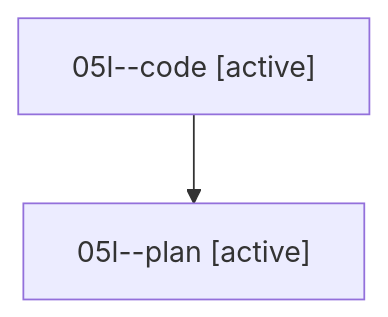
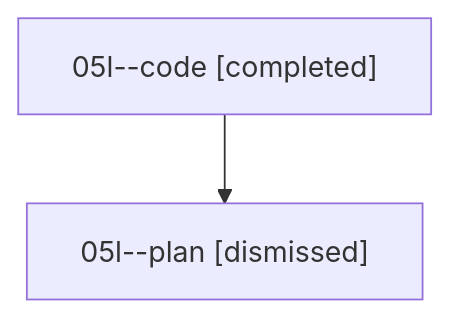
The diagram in families/bbugyi200.athena.05l.md (sase-org/sase--agents), drawn with Mermaid before and after one commit. The commit also changed other lines of this file and 530 other files, not shown here.

````diff
--- a/families/bbugyi200.athena.05l.md
+++ b/families/bbugyi200.athena.05l.md
@@ -9,6 +9,6 @@
 ```mermaid
 flowchart TD
-  n0["05l--code [active]"]
-  n1["05l--plan [active]"]
+  n0["05l--code [completed]"]
+  n1["05l--plan [dismissed]"]
   n0 --> n1
 ```
````
